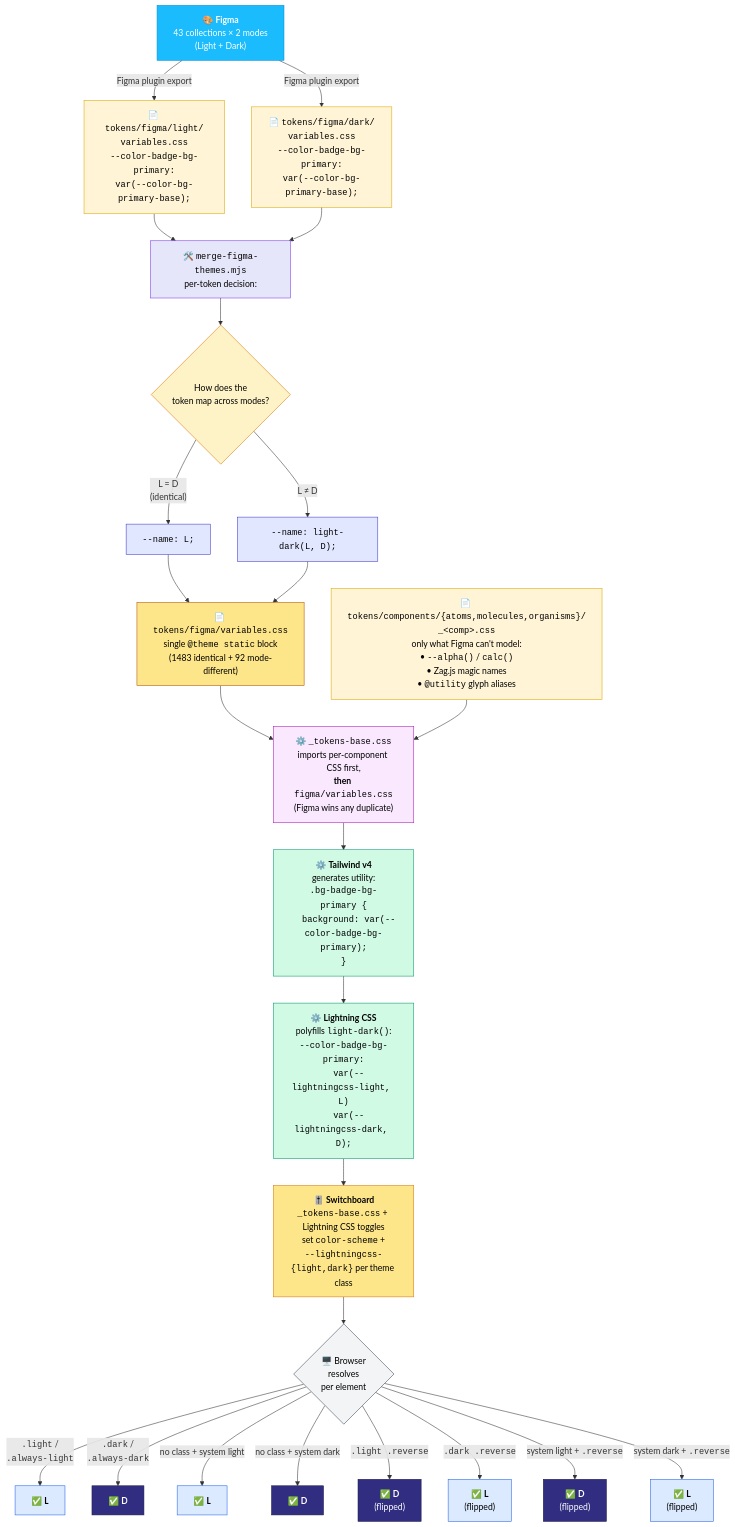
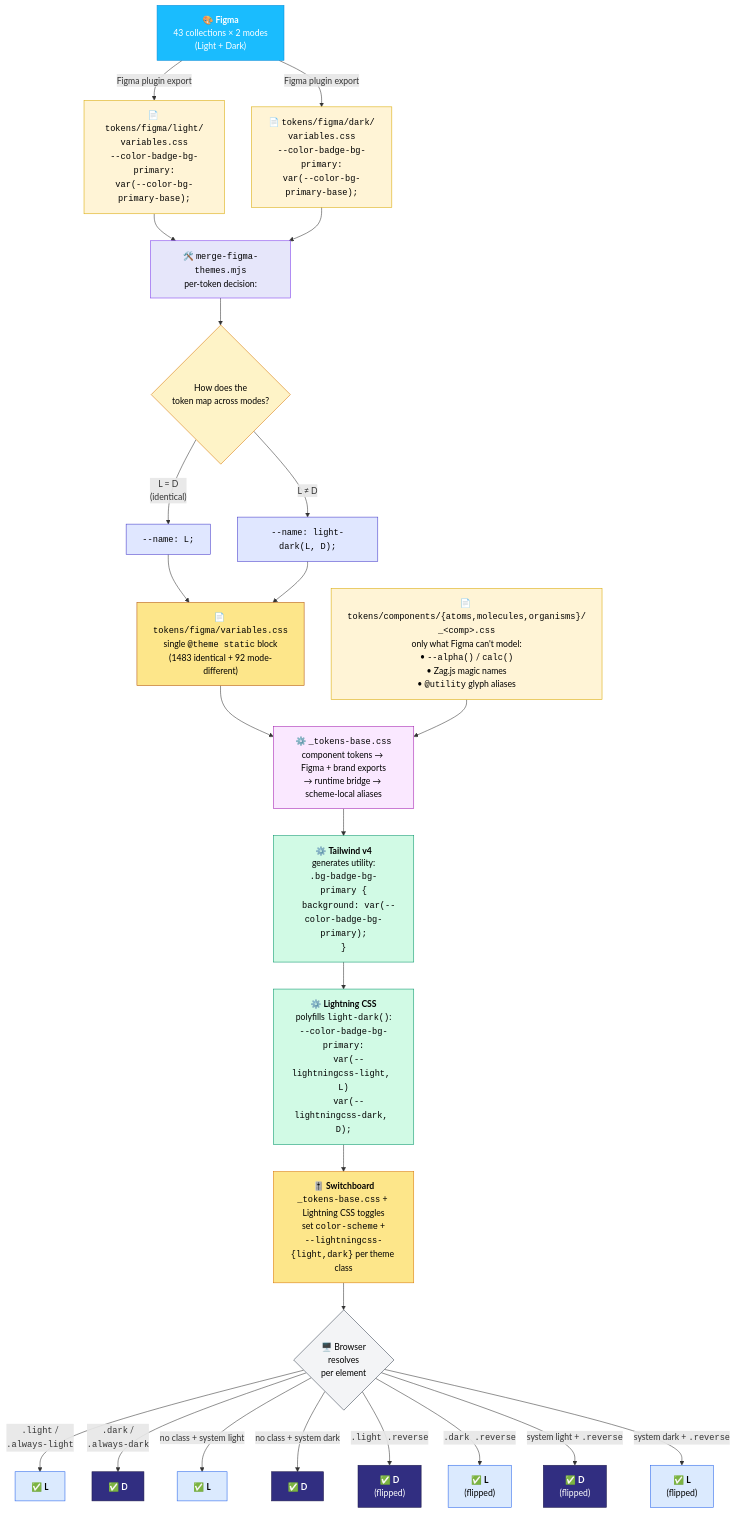
One commit to TechsioCZ/new-engine changed the first of 3 diagrams in libs/ui/THEME-FLOW.md. Above: the diagram before and after it, drawn with Mermaid. The commit also changed other lines of this file and 362 other files, not shown here.

````diff
--- a/libs/ui/THEME-FLOW.md
+++ b/libs/ui/THEME-FLOW.md
@@ -13,70 +16,70 @@
 ```mermaid
 flowchart TD
     F["🎨 <b>Figma</b><br/>43 collections × 2 modes<br/>(Light + Dark)"]
 
     F -->|Figma plugin export| VL["📄 <code>tokens/figma/light/<br/>variables.css</code><br/><code>--color-badge-bg-primary:<br/>var(--color-bg-primary-base);</code>"]
     F -->|Figma plugin export| VD["📄 <code>tokens/figma/dark/<br/>variables.css</code><br/><code>--color-badge-bg-primary:<br/>var(--color-bg-primary-base);</code>"]
 
     VL --> M["🛠️ <code>merge-figma-themes.mjs</code><br/>per-token decision:"]
     VD --> M
 
     M --> M1{"How does the<br/>token map across modes?"}
 
     M1 -->|"L = D<br/>(identical)"| O1["<code>--name: L;</code>"]
     M1 -->|"L ≠ D"| O2["<code>--name: light-dark(L, D);</code>"]
 
     O1 --> MF
     O2 --> MF
 
     MF["📄 <code>tokens/figma/variables.css</code><br/>single <code>@theme static</code> block<br/>(1483 identical + 92 mode-different)"]
 
     CC["📄 <code>tokens/components/{atoms,molecules,organisms}/<br/>_&lt;comp&gt;.css</code><br/>only what Figma can't model:<br/>• <code>--alpha()</code> / <code>calc()</code><br/>• Zag.js magic names<br/>• <code>@utility</code> glyph aliases"]
 
     MF --> CASCADE
     CC --> CASCADE
 
-    CASCADE["⚙️ <code>_tokens-base.css</code><br/>imports per-component CSS first,<br/><b>then</b> <code>figma/variables.css</code><br/>(Figma wins any duplicate)"]
+    CASCADE["⚙️ <code>_tokens-base.css</code><br/>component tokens → Figma + brand exports<br/>→ runtime bridge → scheme-local aliases"]
 
     CASCADE --> TW["⚙️ <b>Tailwind v4</b><br/>generates utility:<br/><code>.bg-badge-bg-primary {<br/>&nbsp;&nbsp;background: var(--color-badge-bg-primary);<br/>}</code>"]
 
     TW --> LC["⚙️ <b>Lightning CSS</b><br/>polyfills <code>light-dark()</code>:<br/><code>--color-badge-bg-primary:<br/>&nbsp;&nbsp;var(--lightningcss-light, L)<br/>&nbsp;&nbsp;var(--lightningcss-dark, D);</code>"]
 
     LC --> SW["🎚️ <b>Switchboard</b><br/><code>_tokens-base.css</code> + Lightning CSS toggles<br/>set <code>color-scheme</code> +<br/><code>--lightningcss-{light,dark}</code> per theme class"]
 
     SW --> SCOPE{"🖥️ Browser<br/>resolves<br/>per element"}
 
     SCOPE -->|"<code>.light</code> /<br/><code>.always-light</code>"| L1["✅ <b>L</b>"]
     SCOPE -->|"<code>.dark</code> /<br/><code>.always-dark</code>"| D1["✅ <b>D</b>"]
     SCOPE -->|"no class + system light"| L2["✅ <b>L</b>"]
     SCOPE -->|"no class + system dark"| D2["✅ <b>D</b>"]
     SCOPE -->|"<code>.light .reverse</code>"| D3["✅ <b>D</b><br/>(flipped)"]
     SCOPE -->|"<code>.dark .reverse</code>"| L3["✅ <b>L</b><br/>(flipped)"]
     SCOPE -->|"system light + <code>.reverse</code>"| D4["✅ <b>D</b><br/>(flipped)"]
     SCOPE -->|"system dark + <code>.reverse</code>"| L4["✅ <b>L</b><br/>(flipped)"]
 
     classDef figma fill:#1abcfe,stroke:#0d8ed8,color:#fff
     classDef file fill:#fff4d6,stroke:#d9a900,color:#000
     classDef merged fill:#fde68a,stroke:#b45309,color:#000
     classDef script fill:#e6e6fa,stroke:#7c3aed,color:#000
     classDef decision fill:#fef3c7,stroke:#d97706,color:#000
     classDef output fill:#e0e7ff,stroke:#4338ca,color:#000
     classDef cascade fill:#fae8ff,stroke:#a21caf,color:#000
     classDef build fill:#d1fae5,stroke:#059669,color:#000
     classDef switch fill:#fde68a,stroke:#d97706,color:#000
     classDef scope fill:#f3f4f6,stroke:#374151,color:#000
     classDef light fill:#dbeafe,stroke:#2563eb,color:#000
     classDef dark fill:#312e81,stroke:#1e1b4b,color:#fff
 
     class F figma
     class VL,VD,CC file
     class MF merged
     class M script
     class M1 decision
     class O1,O2 output
     class CASCADE cascade
     class TW,LC build
     class SW switch
     class SCOPE scope
     class L1,L2,L3,L4 light
     class D1,D2,D3,D4 dark
 ```
````
